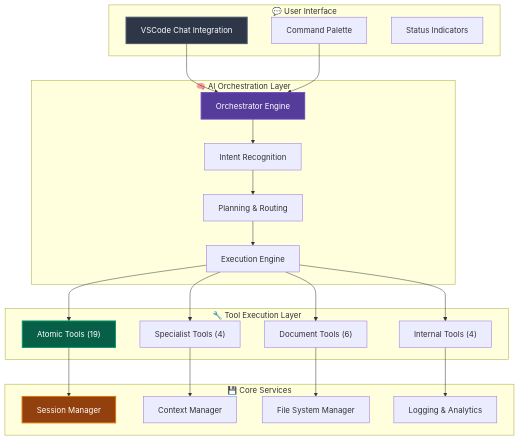
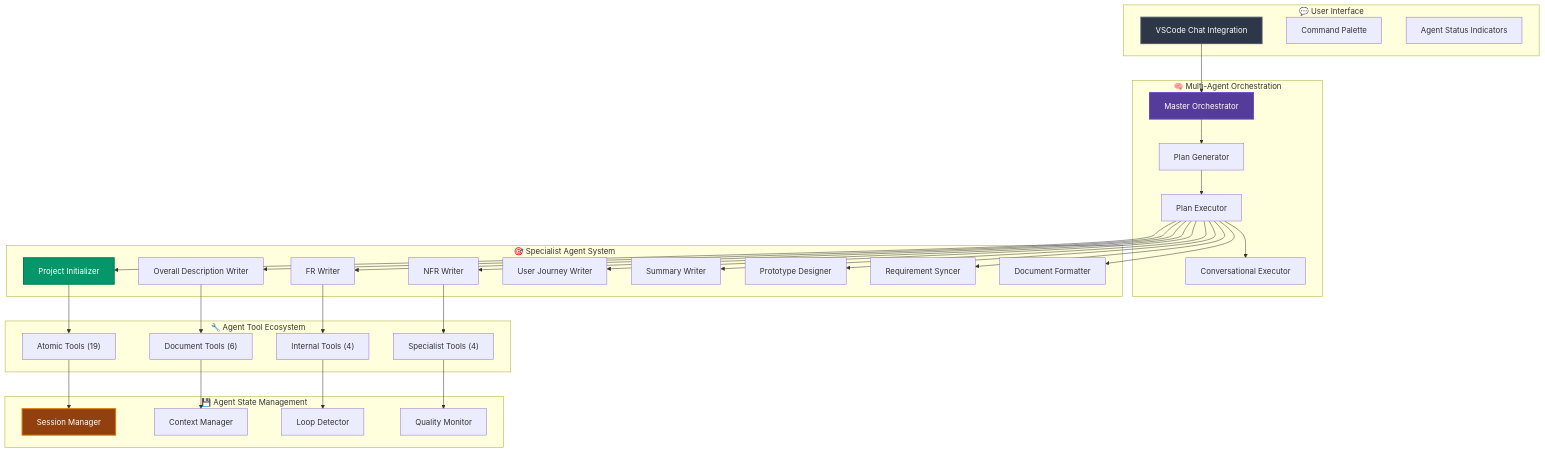
Before and after one commit to TestAny-io/srs-writer-plugin: the first of 2 diagrams in README.md, drawn with Mermaid. The commit also changed other lines of this file and 42 other files, not shown here.

````diff
--- a/README.md
+++ b/README.md
@@ -142,51 +187,71 @@
 ```mermaid
 flowchart TB
     subgraph "💬 User Interface"
         CHAT["VSCode Chat Integration"]
         CMD["Command Palette"]
-        STATUS["Status Indicators"]
+        STATUS["Agent Status Indicators"]
     end
     
-    subgraph "🧠 AI Orchestration Layer"
-        ORCH["Orchestrator Engine"]
-        INTENT["Intent Recognition"]
-        PLAN["Planning & Routing"]
-        EXEC["Execution Engine"]
+    subgraph "🧠 Multi-Agent Orchestration"
+        ORCH["Master Orchestrator"]
+        PLAN["Plan Generator"]
+        EXEC["Plan Executor"]
+        CONV["Conversational Executor"]
     end
     
-    subgraph "🔧 Tool Execution Layer"
+    subgraph "🎯 Specialist Agent System"
+        PROJ["Project Initializer"]
+        OVER["Overall Description Writer"]
+        FR["FR Writer"]
+        NFR["NFR Writer"]
+        USER["User Journey Writer"]
+        SUM["Summary Writer"]
+        PROTO["Prototype Designer"]
+        SYNC["Requirement Syncer"]
+        DOC["Document Formatter"]
+    end
+    
+    subgraph "🔧 Agent Tool Ecosystem"
         ATOMIC["Atomic Tools (19)"]
-        SPECIALIST["Specialist Tools (4)"]
         DOCUMENT["Document Tools (6)"]
         INTERNAL["Internal Tools (4)"]
+        SPECIALIST["Specialist Tools (4)"]
     end
     
-    subgraph "💾 Core Services"
+    subgraph "💾 Agent State Management"
         SESSION["Session Manager"]
         CONTEXT["Context Manager"]
-        FILESYSTEM["File System Manager"]
-        LOGGER["Logging & Analytics"]
+        LOOP["Loop Detector"]
+        QUALITY["Quality Monitor"]
     end
     
     CHAT --> ORCH
-    CMD --> ORCH
+    ORCH --> PLAN
+    PLAN --> EXEC
+    EXEC --> CONV
     
-    ORCH --> INTENT
-    INTENT --> PLAN
-    PLAN --> EXEC
+    EXEC --> PROJ
+    EXEC --> OVER
+    EXEC --> FR
+    EXEC --> NFR
+    EXEC --> USER
+    EXEC --> SUM
+    EXEC --> PROTO
+    EXEC --> SYNC
+    EXEC --> DOC
     
-    EXEC --> ATOMIC
-    EXEC --> SPECIALIST
-    EXEC --> DOCUMENT
-    EXEC --> INTERNAL
+    PROJ --> ATOMIC
+    OVER --> DOCUMENT
+    FR --> INTERNAL
+    NFR --> SPECIALIST
     
     ATOMIC --> SESSION
-    SPECIALIST --> CONTEXT
-    DOCUMENT --> FILESYSTEM
-    INTERNAL --> LOGGER
+    DOCUMENT --> CONTEXT
+    INTERNAL --> LOOP
+    SPECIALIST --> QUALITY
     
     style CHAT fill:#2d3748,stroke:#4a5568,stroke-width:2px,color:#ffffff
     style ORCH fill:#553c9a,stroke:#6b46c1,stroke-width:2px,color:#ffffff
-    style ATOMIC fill:#065f46,stroke:#059669,stroke-width:2px,color:#ffffff
+    style PROJ fill:#059669,stroke:#047857,stroke-width:2px,color:#ffffff
     style SESSION fill:#92400e,stroke:#d97706,stroke-width:2px,color:#ffffff
 ```
````
